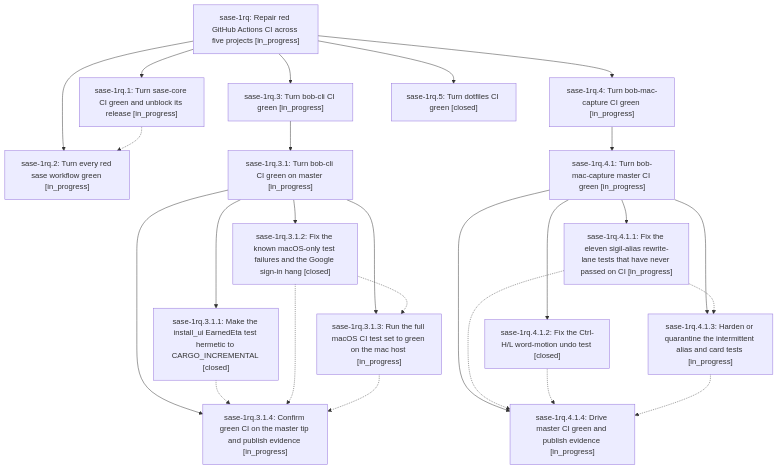
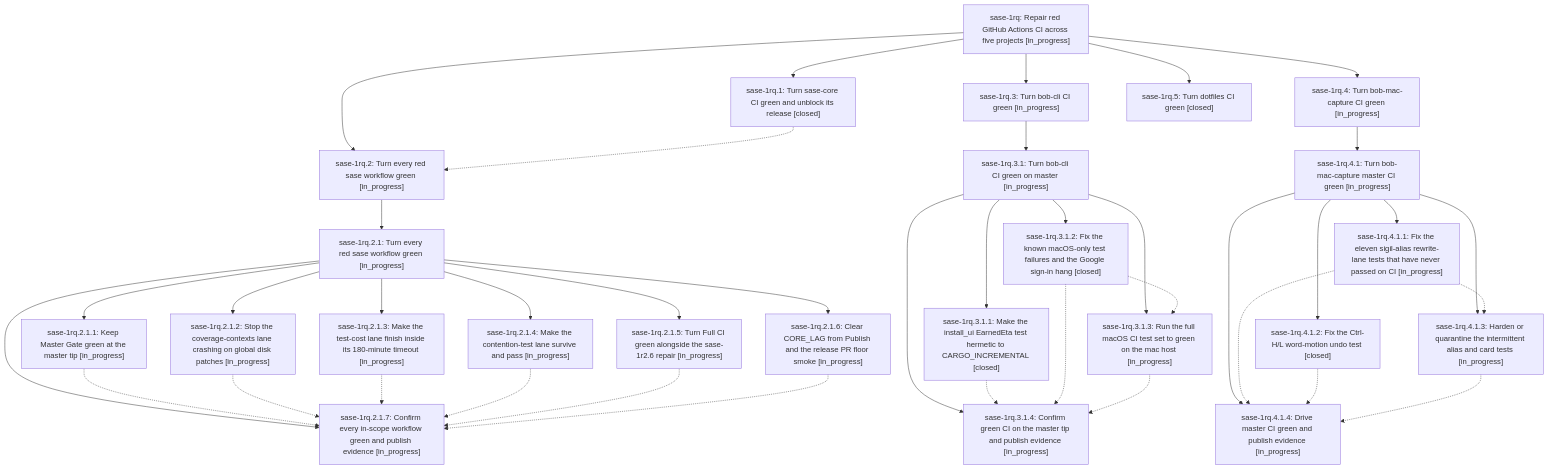
One commit to sase-org/sase--beads changed the diagram in pages/sase-1rq/README.md. Above: the diagram before and after it, drawn with Mermaid. The commit also changed other lines of this file and 14 other files, not shown here.

````diff
--- a/pages/sase-1rq/README.md
+++ b/pages/sase-1rq/README.md
@@ -38,43 +38,65 @@
 ```mermaid
 flowchart TD
     n0["sase-1rq: Repair red GitHub Actions CI across five projects [in_progress]"]
-    n1["sase-1rq.1: Turn sase-core CI green and unblock its release [in_progress]"]
+    n1["sase-1rq.1: Turn sase-core CI green and unblock its release [closed]"]
     n2["sase-1rq.2: Turn every red sase workflow green [in_progress]"]
-    n3["sase-1rq.3: Turn bob-cli CI green [in_progress]"]
-    n4["sase-1rq.3.1: Turn bob-cli CI green on master [in_progress]"]
-    n5["sase-1rq.3.1.1: Make the install_ui EarnedEta test hermetic to CARGO_INCREMENTAL [closed]"]
-    n6["sase-1rq.3.1.2: Fix the known macOS-only test failures and the Google sign-in hang [closed]"]
-    n7["sase-1rq.3.1.3: Run the full macOS CI test set to green on the mac host [in_progress]"]
-    n8["sase-1rq.3.1.4: Confirm green CI on the master tip and publish evidence [in_progress]"]
-    n9["sase-1rq.4: Turn bob-mac-capture CI green [in_progress]"]
-    n10["sase-1rq.4.1: Turn bob-mac-capture master CI green [in_progress]"]
-    n11["sase-1rq.4.1.1: Fix the eleven sigil-alias rewrite-lane tests that have never passed on CI [in_progress]"]
-    n12["sase-1rq.4.1.2: Fix the Ctrl-H/L word-motion undo test [closed]"]
-    n13["sase-1rq.4.1.3: Harden or quarantine the intermittent alias and card tests [in_progress]"]
-    n14["sase-1rq.4.1.4: Drive master CI green and publish evidence [in_progress]"]
-    n15["sase-1rq.5: Turn dotfiles CI green [closed]"]
+    n3["sase-1rq.2.1: Turn every red sase workflow green [in_progress]"]
+    n4["sase-1rq.2.1.1: Keep Master Gate green at the master tip [in_progress]"]
+    n5["sase-1rq.2.1.2: Stop the coverage-contexts lane crashing on global disk patches [in_progress]"]
+    n6["sase-1rq.2.1.3: Make the test-cost lane finish inside its 180-minute timeout [in_progress]"]
+    n7["sase-1rq.2.1.4: Make the contention-test lane survive and pass [in_progress]"]
+    n8["sase-1rq.2.1.5: Turn Full CI green alongside the sase-1r2.6 repair [in_progress]"]
+    n9["sase-1rq.2.1.6: Clear CORE_LAG from Publish and the release PR floor smoke [in_progress]"]
+    n10["sase-1rq.2.1.7: Confirm every in-scope workflow green and publish evidence [in_progress]"]
+    n11["sase-1rq.3: Turn bob-cli CI green [in_progress]"]
+    n12["sase-1rq.3.1: Turn bob-cli CI green on master [in_progress]"]
+    n13["sase-1rq.3.1.1: Make the install_ui EarnedEta test hermetic to CARGO_INCREMENTAL [closed]"]
+    n14["sase-1rq.3.1.2: Fix the known macOS-only test failures and the Google sign-in hang [closed]"]
+    n15["sase-1rq.3.1.3: Run the full macOS CI test set to green on the mac host [in_progress]"]
+    n16["sase-1rq.3.1.4: Confirm green CI on the master tip and publish evidence [in_progress]"]
+    n17["sase-1rq.4: Turn bob-mac-capture CI green [in_progress]"]
+    n18["sase-1rq.4.1: Turn bob-mac-capture master CI green [in_progress]"]
+    n19["sase-1rq.4.1.1: Fix the eleven sigil-alias rewrite-lane tests that have never passed on CI [in_progress]"]
+    n20["sase-1rq.4.1.2: Fix the Ctrl-H/L word-motion undo test [closed]"]
+    n21["sase-1rq.4.1.3: Harden or quarantine the intermittent alias and card tests [in_progress]"]
+    n22["sase-1rq.4.1.4: Drive master CI green and publish evidence [in_progress]"]
+    n23["sase-1rq.5: Turn dotfiles CI green [closed]"]
     n0 --> n1
     n0 --> n2
-    n0 --> n3
+    n2 --> n3
     n3 --> n4
-    n4 --> n5
-    n4 --> n6
-    n4 --> n7
-    n4 --> n8
-    n0 --> n9
-    n9 --> n10
-    n10 --> n11
-    n10 --> n12
-    n10 --> n13
-    n10 --> n14
-    n0 --> n15
+    n3 --> n5
+    n3 --> n6
+    n3 --> n7
+    n3 --> n8
+    n3 --> n9
+    n3 --> n10
+    n0 --> n11
+    n11 --> n12
+    n12 --> n13
+    n12 --> n14
+    n12 --> n15
+    n12 --> n16
+    n0 --> n17
+    n17 --> n18
+    n18 --> n19
+    n18 --> n20
+    n18 --> n21
+    n18 --> n22
+    n0 --> n23
     n1 -.-> n2
-    n5 -.-> n8
-    n6 -.-> n7
-    n6 -.-> n8
-    n7 -.-> n8
-    n11 -.-> n13
-    n11 -.-> n14
-    n12 -.-> n14
-    n13 -.-> n14
+    n4 -.-> n10
+    n5 -.-> n10
+    n6 -.-> n10
+    n7 -.-> n10
+    n8 -.-> n10
+    n9 -.-> n10
+    n13 -.-> n16
+    n14 -.-> n15
+    n14 -.-> n16
+    n15 -.-> n16
+    n19 -.-> n21
+    n19 -.-> n22
+    n20 -.-> n22
+    n21 -.-> n22
 ```
````
